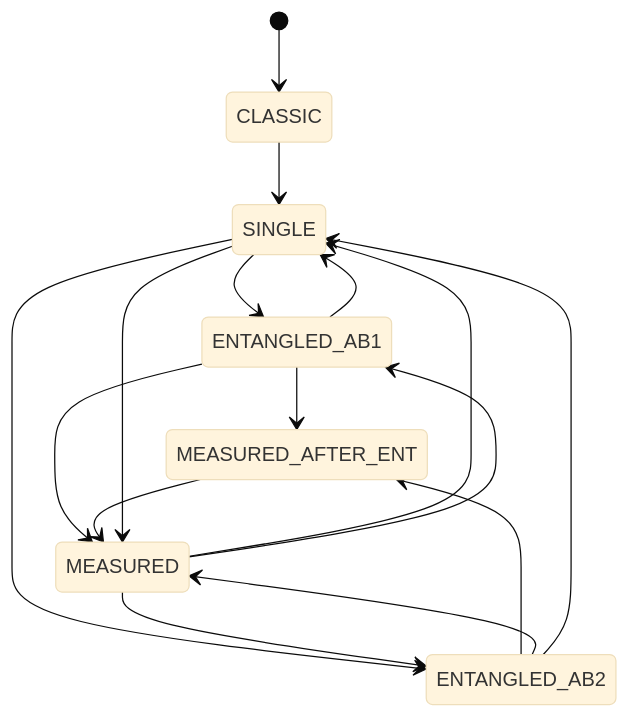
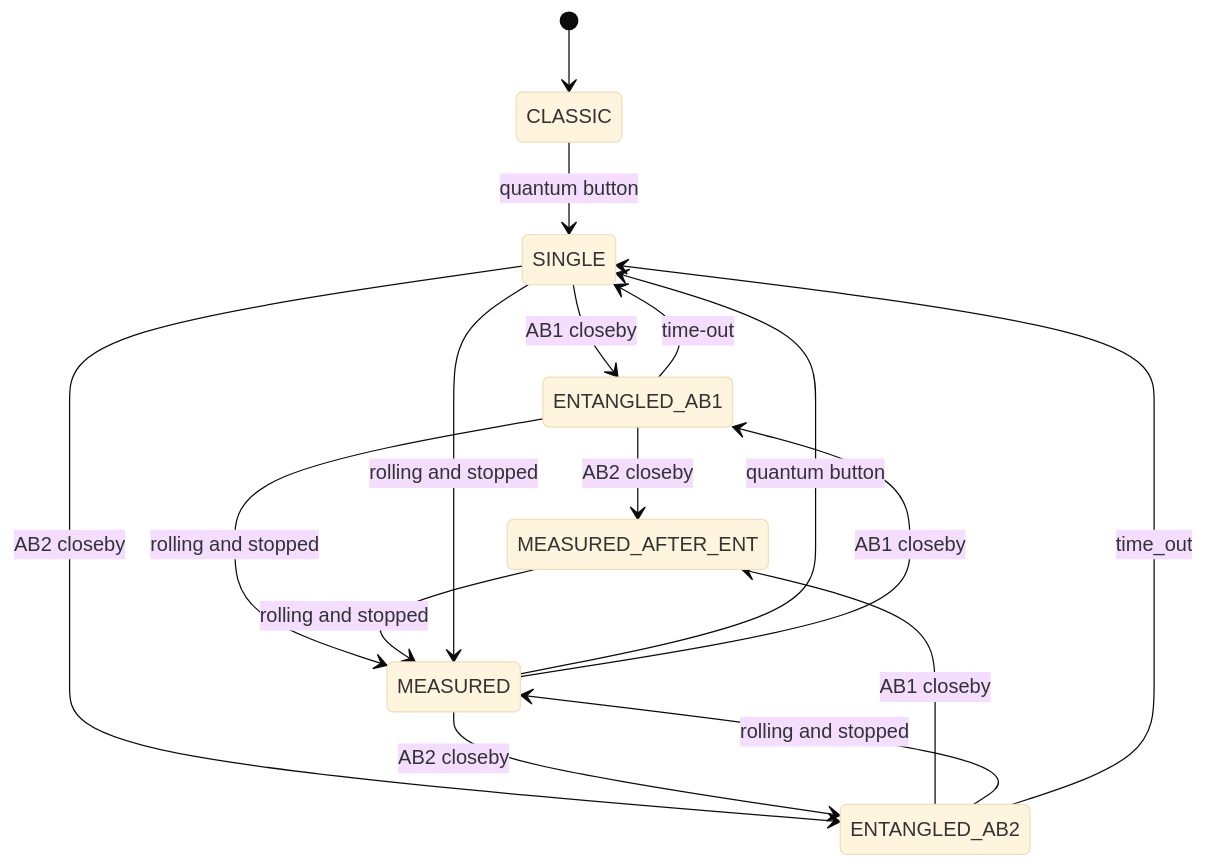
The diagram in Arduino/dice_state.md (qlab-utwente/Quantum-Dice-by-UTwente), drawn with Mermaid (base theme) before and after one commit.

````diff
--- a/Arduino/dice_state.md
+++ b/Arduino/dice_state.md
@@ -1,20 +1,21 @@
 ```mermaid
 
 stateDiagram-v2
-CLASSIC --> SINGLE
-SINGLE --> ENTANGLED_AB1
-SINGLE --> ENTANGLED_AB2
-ENTANGLED_AB1 --> MEASURED_AFTER_ENT
-ENTANGLED_AB2 --> MEASURED_AFTER_ENT
-ENTANGLED_AB1 --> MEASURED
-ENTANGLED_AB2 --> MEASURED
-ENTANGLED_AB1 --> SINGLE
-ENTANGLED_AB2 --> SINGLE
-MEASURED_AFTER_ENT --> MEASURED
-SINGLE --> MEASURED
-MEASURED --> SINGLE
-MEASURED --> ENTANGLED_AB1
-MEASURED --> ENTANGLED_AB2
+CLASSIC --> SINGLE :quantum button
+SINGLE --> ENTANGLED_AB1 :AB1 closeby
+SINGLE --> ENTANGLED_AB2 :AB2 closeby
+ENTANGLED_AB1 --> MEASURED_AFTER_ENT :AB2 closeby
+ENTANGLED_AB2 --> MEASURED_AFTER_ENT :AB1 closeby
+ENTANGLED_AB1 --> MEASURED :rolling and stopped
+ENTANGLED_AB2 --> MEASURED :rolling and stopped
+ENTANGLED_AB1 --> SINGLE :time-out
+ENTANGLED_AB2 --> SINGLE :time_out
+MEASURED_AFTER_ENT --> MEASURED :rolling and stopped
+SINGLE --> MEASURED :rolling and stopped
+MEASURED --> SINGLE :quantum button
+MEASURED --> ENTANGLED_AB1 :AB1 closeby
+MEASURED --> ENTANGLED_AB2 :AB2 closeby
 [*] --> CLASSIC
 
+
 ```
````
